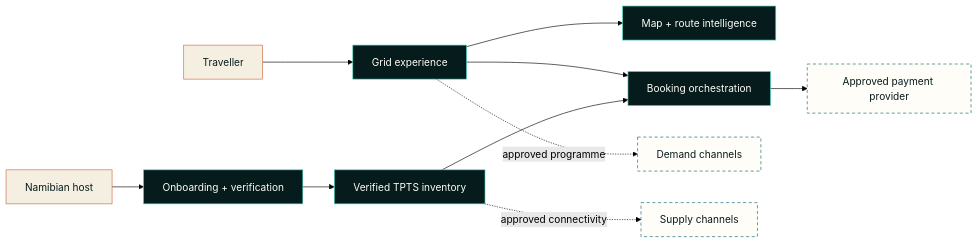
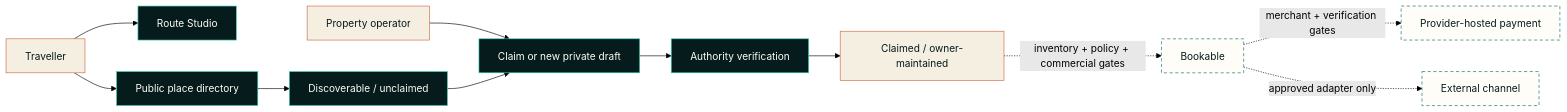
The diagram in README.md (freeman-ipumbu/tpts-grid-case-study), drawn with Mermaid (forest theme) before and after one commit. The commit also changed other lines of this file and 5 other files, not shown here.

Commit message:
Document the TPTS Grid launch pilot

````diff
--- a/README.md
+++ b/README.md
@@ -64,19 +134,20 @@
 ```mermaid
 flowchart LR
-    T[Traveller] --> E[Grid experience]
-    H[Namibian host] --> O[Onboarding + verification]
-    E --> M[Map + route intelligence]
-    E --> B[Booking orchestration]
-    O --> I[Verified TPTS inventory]
-    I --> B
-    B --> P[Approved payment provider]
-    E -. approved programme .-> D[Demand channels]
-    I -. approved connectivity .-> S[Supply channels]
+    T[Traveller] --> R[Route Studio]
+    T --> D[Public place directory]
+    O[Property operator] --> C[Claim or new private draft]
+    C --> V[Authority verification]
+    D --> U[Discoverable / unclaimed]
+    U --> C
+    V --> K[Claimed / owner-maintained]
+    K -. inventory + policy + commercial gates .-> B[Bookable]
+    B -. merchant + verification gates .-> P[Provider-hosted payment]
+    B -. approved adapter only .-> X[External channel]
 
-    classDef core fill:#061b1c,stroke:#42d5bd,color:#fffdf7;
-    classDef human fill:#f5efe2,stroke:#ce6842,color:#061b1c;
-    classDef external fill:#fffdf7,stroke:#0d6872,color:#061b1c,stroke-dasharray:5 4;
-    class E,M,B,O,I core;
-    class T,H human;
-    class P,D,S external;
+    classDef live fill:#061b1c,stroke:#42d5bd,color:#fffdf7;
+    classDef truth fill:#f5efe2,stroke:#ce6842,color:#061b1c;
+    classDef gated fill:#fffdf7,stroke:#0d6872,color:#061b1c,stroke-dasharray:5 4;
+    class R,D,U,C,V live;
+    class T,O,K truth;
+    class B,P,X gated;
 ```
````
